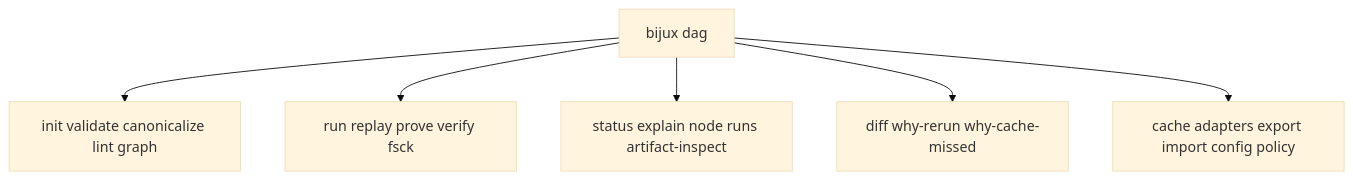
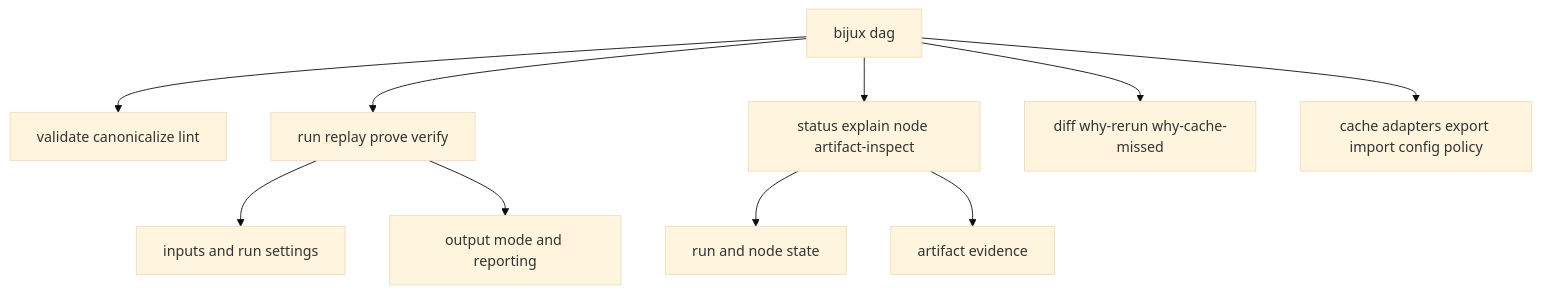
One commit to bijux/bijux-cli changed the diagram in docs/bijux-dag/interfaces/cli-surface.md. Above: the diagram before and after it, drawn with Mermaid (base theme).

Commit message:
docs(bijux-dag): reshape CLI surface diagram as command grammar tree

````diff
--- a/docs/bijux-dag/interfaces/cli-surface.md
+++ b/docs/bijux-dag/interfaces/cli-surface.md
@@ -18,8 +18,14 @@
 ```mermaid
 flowchart TD
-    dag["bijux dag"] --> define["init validate canonicalize lint graph"]
-    dag --> execute["run replay prove verify fsck"]
-    dag --> inspect["status explain node runs artifact-inspect"]
-    dag --> compare["diff why-rerun why-cache-missed"]
-    dag --> ops["cache adapters export import config policy"]
+    dag[bijux dag]
+    dag --> validate[validate canonicalize lint]
+    dag --> execute[run replay prove verify]
+    dag --> inspect[status explain node artifact-inspect]
+    dag --> compare[diff why-rerun why-cache-missed]
+    dag --> ops[cache adapters export import config policy]
+
+    execute --> inputs[inputs and run settings]
+    execute --> output_mode[output mode and reporting]
+    inspect --> run_state[run and node state]
+    inspect --> artifacts[artifact evidence]
 ```
````
